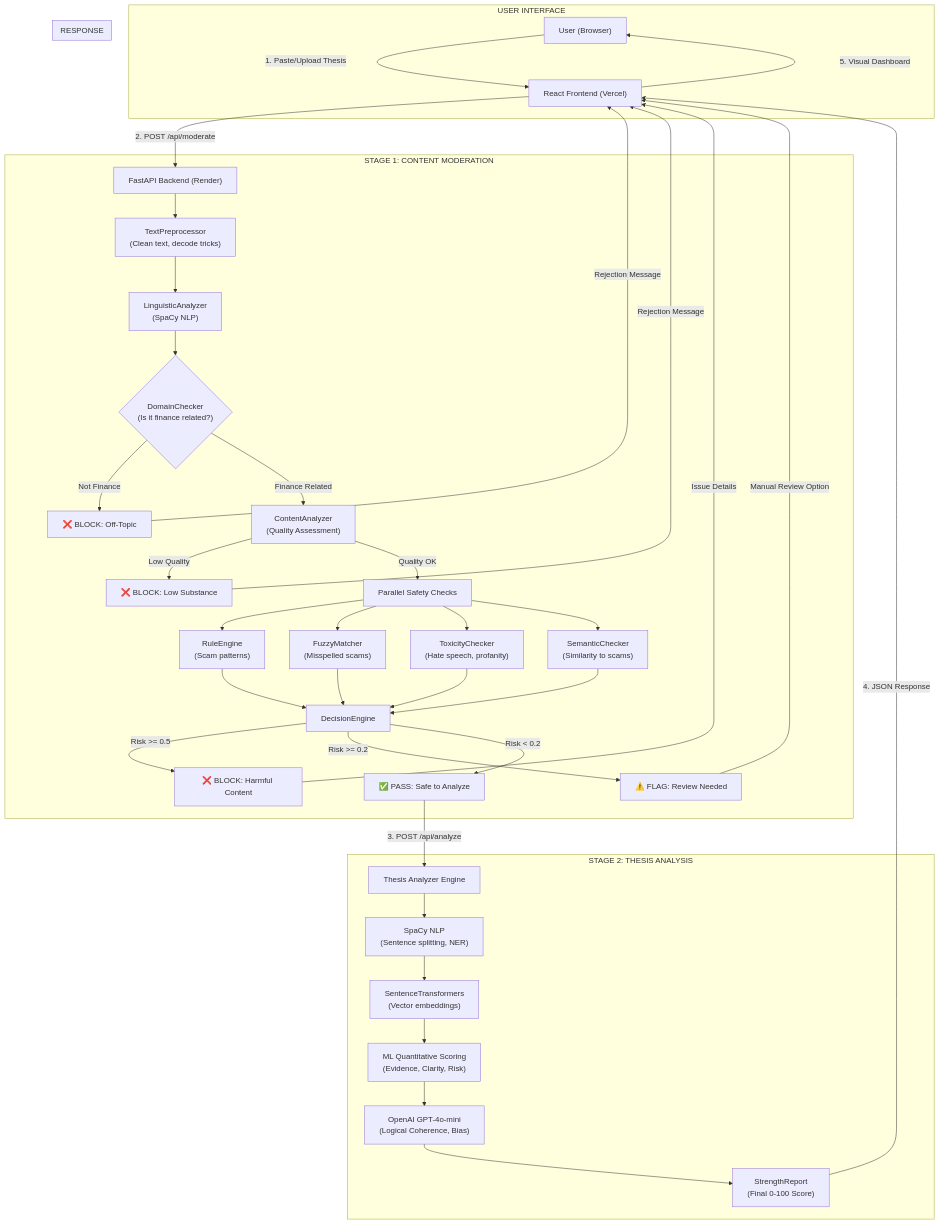
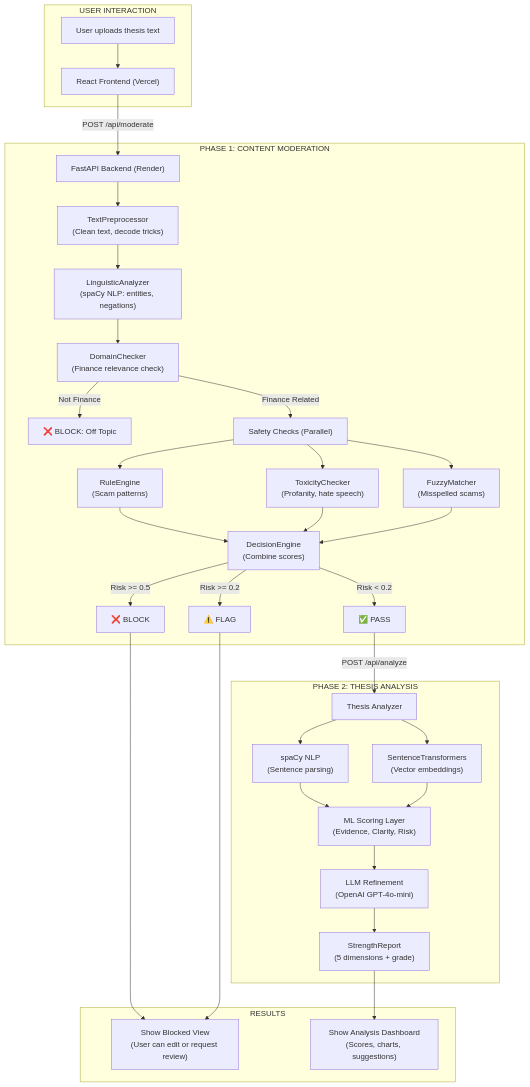
Before and after one commit to shilpgohil/Content_moderation_for_Thesis: the first of 3 diagrams in DOCUMENTATION.md, drawn with Mermaid. The commit also changed other lines of this file and 1 other file, not shown here.

````diff
--- a/DOCUMENTATION.md
+++ b/DOCUMENTATION.md
@@ -37,66 +27,47 @@
 ```mermaid
 graph TD
-    subgraph "USER INTERFACE"
-        A["User (Browser)"] -->|"1. Paste/Upload Thesis"| B["React Frontend (Vercel)"]
+    subgraph "USER INTERACTION"
+        A["User uploads thesis text"] --> B["React Frontend (Vercel)"]
     end
-    
-    subgraph "STAGE 1: CONTENT MODERATION"
-        B -->|"2. POST /api/moderate"| C["FastAPI Backend (Render)"]
+
+    subgraph "PHASE 1: CONTENT MODERATION"
+        B -->|"POST /api/moderate"| C["FastAPI Backend (Render)"]
+        C --> D["TextPreprocessor<br/>(Clean text, decode tricks)"]
+        D --> E["LinguisticAnalyzer<br/>(spaCy NLP: entities, negations)"]
+        E --> F["DomainChecker<br/>(Finance relevance check)"]
         
-        C --> D["TextPreprocessor
-        (Clean text, decode tricks)"]
-        D --> E["LinguisticAnalyzer
-        (SpaCy NLP)"]
+        F -->|"Not Finance"| G["❌ BLOCK: Off Topic"]
+        F -->|"Finance Related"| H["Safety Checks (Parallel)"]
         
-        E --> F{"DomainChecker
-        (Is it finance related?)"}
-        F -->|"Not Finance"| BLOCK1["❌ BLOCK: Off-Topic"]
-        F -->|"Finance Related"| G["ContentAnalyzer
-        (Quality Assessment)"]
+        H --> I["RuleEngine<br/>(Scam patterns)"]
+        H --> J["ToxicityChecker<br/>(Profanity, hate speech)"]
+        H --> K["FuzzyMatcher<br/>(Misspelled scams)"]
         
-        G -->|"Low Quality"| BLOCK2["❌ BLOCK: Low Substance"]
-        G -->|"Quality OK"| H["Parallel Safety Checks"]
+        I --> L["DecisionEngine<br/>(Combine scores)"]
+        J --> L
+        K --> L
         
-        H --> H1["RuleEngine
-        (Scam patterns)"]
-        H --> H2["FuzzyMatcher
-        (Misspelled scams)"]
-        H --> H3["ToxicityChecker
-        (Hate speech, profanity)"]
-        H --> H4["SemanticChecker
-        (Similarity to scams)"]
+        L -->|"Risk >= 0.5"| M["❌ BLOCK"]
+        L -->|"Risk >= 0.2"| N["⚠️ FLAG"]
+        L -->|"Risk < 0.2"| O["✅ PASS"]
+    end
+
+    subgraph "PHASE 2: THESIS ANALYSIS"
+        O -->|"POST /api/analyze"| P["Thesis Analyzer"]
         
-        H1 --> I["DecisionEngine"]
-        H2 --> I
-        H3 --> I
-        H4 --> I
+        P --> Q["spaCy NLP<br/>(Sentence parsing)"]
+        P --> R["SentenceTransformers<br/>(Vector embeddings)"]
         
-        I -->|"Risk >= 0.5"| BLOCK3["❌ BLOCK: Harmful Content"]
-        I -->|"Risk >= 0.2"| FLAG["⚠️ FLAG: Review Needed"]
-        I -->|"Risk < 0.2"| PASS["✅ PASS: Safe to Analyze"]
+        Q --> S["ML Scoring Layer<br/>(Evidence, Clarity, Risk)"]
+        R --> S
+        
+        S --> T["LLM Refinement<br/>(OpenAI GPT-4o-mini)"]
+        T --> U["StrengthReport<br/>(5 dimensions + grade)"]
     end
-    
-    subgraph "STAGE 2: THESIS ANALYSIS"
-        PASS -->|"3. POST /api/analyze"| J["Thesis Analyzer Engine"]
-        
-        J --> K["SpaCy NLP
-        (Sentence splitting, NER)"]
-        K --> L["SentenceTransformers
-        (Vector embeddings)"]
-        L --> M["ML Quantitative Scoring
-        (Evidence, Clarity, Risk)"]
-        M --> N["OpenAI GPT-4o-mini
-        (Logical Coherence, Bias)"]
-        N --> O["StrengthReport
-        (Final 0-100 Score)"]
-    end
-    
-    subgraph "RESPONSE"
-        O -->|"4. JSON Response"| B
-        B -->|"5. Visual Dashboard"| A
-        BLOCK1 -->|"Rejection Message"| B
-        BLOCK2 -->|"Rejection Message"| B
-        BLOCK3 -->|"Issue Details"| B
-        FLAG -->|"Manual Review Option"| B
+
+    subgraph "RESULTS"
+        M --> V["Show Blocked View<br/>(User can edit or request review)"]
+        N --> V
+        U --> W["Show Analysis Dashboard<br/>(Scores, charts, suggestions)"]
     end
 ```
````
